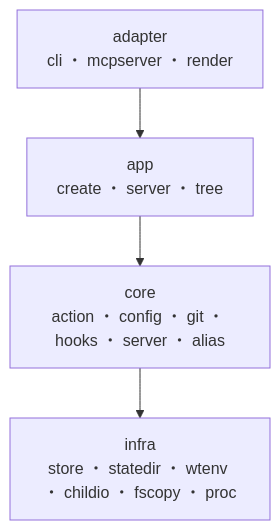
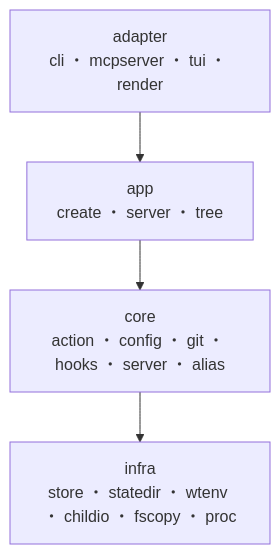
The diagram in docs/architecture.md (vimrak-hal/worktree-integrator), drawn with Mermaid before and after one commit. The commit also changed other lines of this file and 22 other files, not shown here.

````diff
--- a/docs/architecture.md
+++ b/docs/architecture.md
@@ -12,6 +12,6 @@
 ```mermaid
 flowchart TB
-    adapter["adapter\ncli ・ mcpserver ・ render"] --> app["app\ncreate ・ server ・ tree"]
+    adapter["adapter\ncli ・ mcpserver ・ tui ・ render"] --> app["app\ncreate ・ server ・ tree"]
     app --> core["core\naction ・ config ・ git ・ hooks ・ server ・ alias"]
     core --> infra["infra\nstore ・ statedir ・ wtenv ・ childio ・ fscopy ・ proc"]
 ```
````
